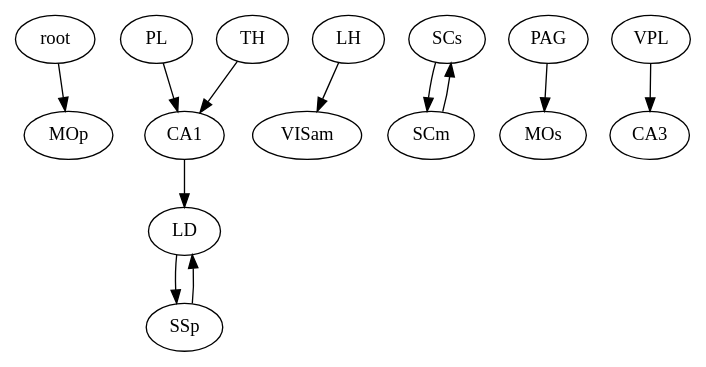
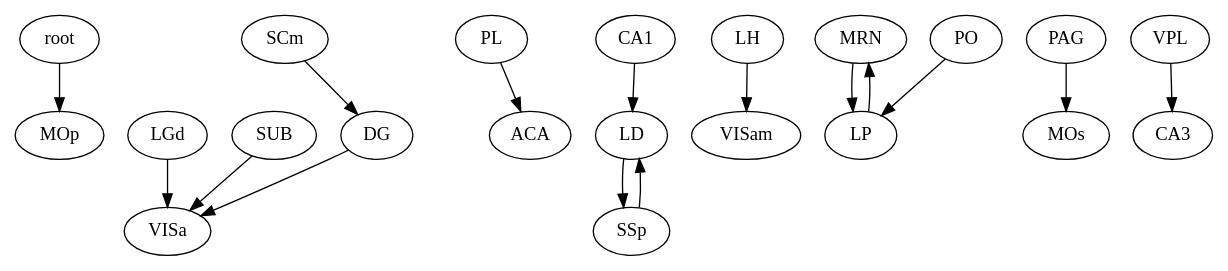
Before and after one commit to maryiii/FYI: the diagram in final_visual/cp.dot, drawn with Graphviz. The commit also changed 137 other files, not shown here.

```diff
--- a/final_visual/cp.dot
+++ b/final_visual/cp.dot
@@ -1,28 +1,38 @@
 strict digraph  {
 root;
-PL;
-CA1;
-LH;
-SCs;
-SCm;
-PAG;
-TH;
-LD;
-SSp;
-VPL;
-MOp;
-VISam;
-MOs;
-CA3;
-root -> MOp  [weight="0.017055041315962863"];
-PL -> CA1  [weight="0.00662733798621964"];
-CA1 -> LD  [weight="0.04386053352690295"];
-LH -> VISam  [weight="0.027259614405865475"];
-SCs -> SCm  [weight="0.04319549491036953"];
-SCm -> SCs  [weight="0.02299457499648448"];
-PAG -> MOs  [weight="0.04172799473061049"];
-TH -> CA1  [weight="0.038586305943045546"];
-LD -> SSp  [weight="0.03475191935359539"];
-SSp -> LD  [weight="0.043731776056361464"];
-VPL -> CA3  [weight="0.027552180534133257"];
+DG [region=hippocampal];
+PL [region="non-visual cortex"];
+CA1 [region=hippocampal];
+LH [region=thalamus];
+SCm [region=midbrain];
+MRN [region=midbrain];
+PAG [region=midbrain];
+LGd [region=thalamus];
+LP [region=thalamus];
+SUB [region=hippocampal];
+LD [region=thalamus];
+SSp [region="non-visual cortex"];
+PO [region=thalamus];
+VPL [region=thalamus];
+MOp [region="non-visual cortex"];
+VISa [region="visual cortex"];
+ACA [region="non-visual cortex"];
+VISam [region="visual cortex"];
+MOs [region="non-visual cortex"];
+CA3 [region=hippocampal];
+root -> MOp  [weight="8.226813849366732"];
+DG -> VISa  [weight="2.4352020746625453"];
+PL -> ACA  [weight="-3.6809954229337665"];
+CA1 -> LD  [weight="-5.530648599682589"];
+LH -> VISam  [weight="-8.424609434281907"];
+SCm -> DG  [weight="-5.297990682333356"];
+MRN -> LP  [weight="7.336885201401533"];
+PAG -> MOs  [weight="3.6029520583305334"];
+LGd -> VISa  [weight="6.988032179150246"];
+LP -> MRN  [weight="11.511361065247733"];
+SUB -> VISa  [weight="2.5908094570824973"];
+LD -> SSp  [weight="14.208207145755773"];
+SSp -> LD  [weight="13.842064727232179"];
+PO -> LP  [weight="2.45391111502699"];
+VPL -> CA3  [weight="-5.92522100616514"];
 }
```
